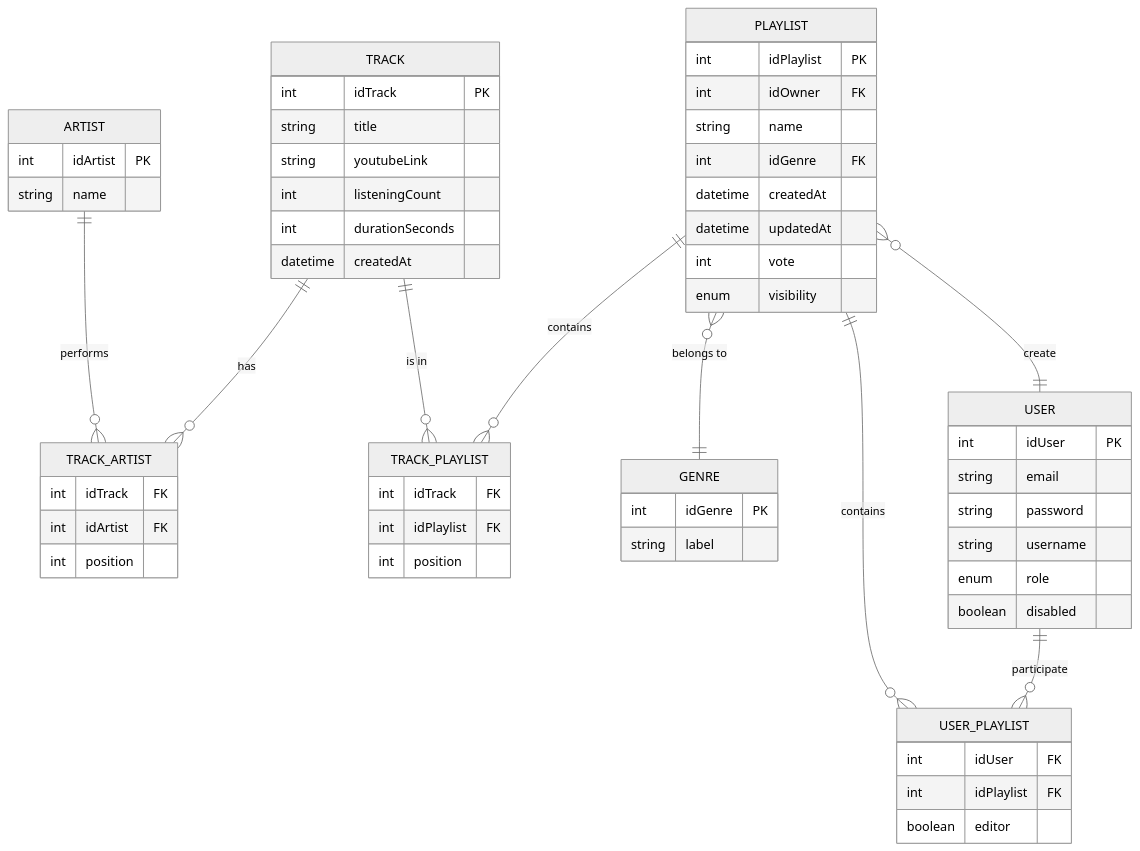
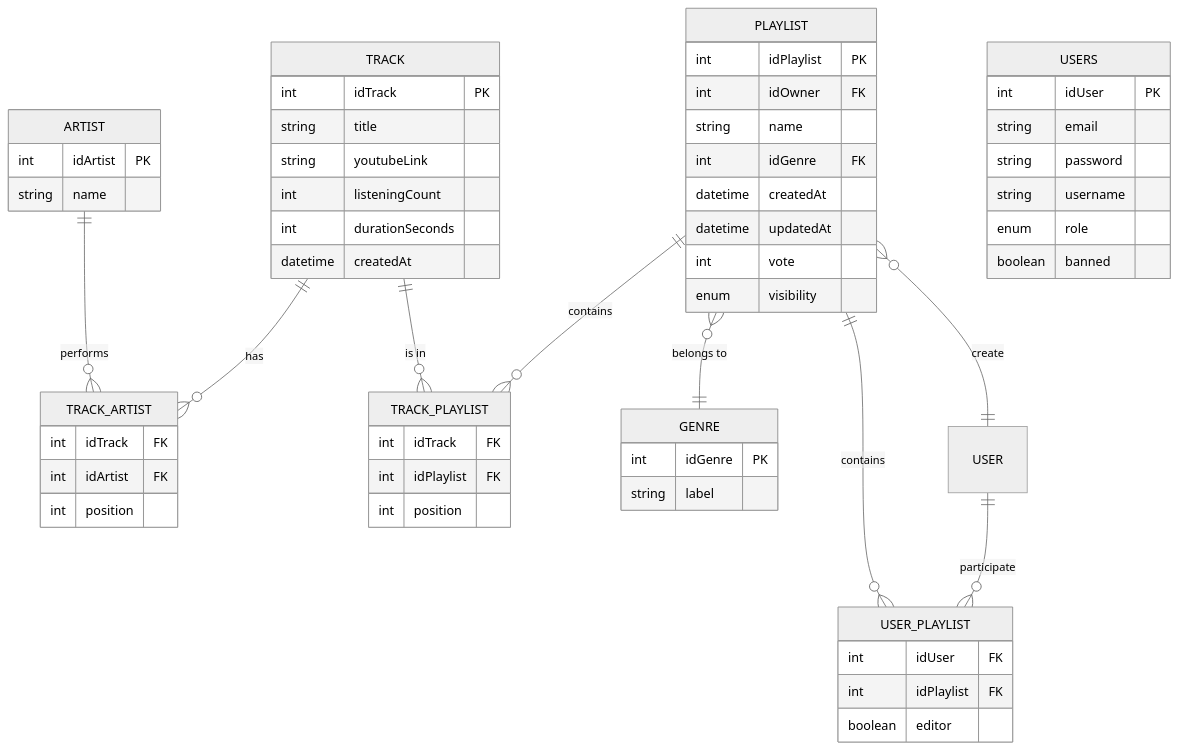
One commit to DimMarr/doremix changed the diagram in documentation/mcd.md. Above: the diagram before and after it, drawn with Mermaid (neutral theme). The commit also changed 3 other files, not shown here.

Commit message:
Update user table schema and insert scripts after merge request comments

````diff
--- a/documentation/mcd.md
+++ b/documentation/mcd.md
@@ -1,61 +1,61 @@
 ```mermaid
 erDiagram
     %% Relations
     TRACK ||--o{ TRACK_ARTIST : "has"
     ARTIST ||--o{ TRACK_ARTIST : "performs"
     PLAYLIST ||--o{ TRACK_PLAYLIST : "contains"
     TRACK ||--o{ TRACK_PLAYLIST : "is in"
     PLAYLIST }o--|| GENRE : "belongs to"
     USER ||--o{ USER_PLAYLIST : "participate"
     PLAYLIST ||--o{ USER_PLAYLIST : "contains"
     PLAYLIST }o--|| USER : "create"
     TRACK {
         int idTrack PK
         string title
         string youtubeLink
         int listeningCount
         int durationSeconds
         datetime createdAt
     }
     ARTIST {
         int idArtist PK
         string name
     }
     TRACK_ARTIST {
         int idTrack FK
         int idArtist FK
         int position
     }
     PLAYLIST {
         int idPlaylist PK
         int idOwner FK
         string name
         int idGenre FK
         datetime createdAt
         datetime updatedAt
         int vote
         enum visibility
     }
     GENRE {
         int idGenre PK
         string label
     }
     TRACK_PLAYLIST {
         int idTrack FK
         int idPlaylist FK
         int position
     }
-    USER {
+    USERS {
         int idUser PK
         string email
         string password
         string username
         enum role
-        boolean disabled
+        boolean banned
     }
     USER_PLAYLIST {
         int idUser FK
         int idPlaylist FK
         boolean editor
     }
 ```
````
